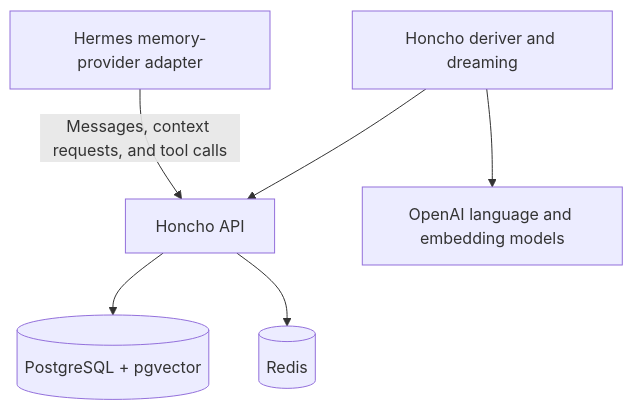
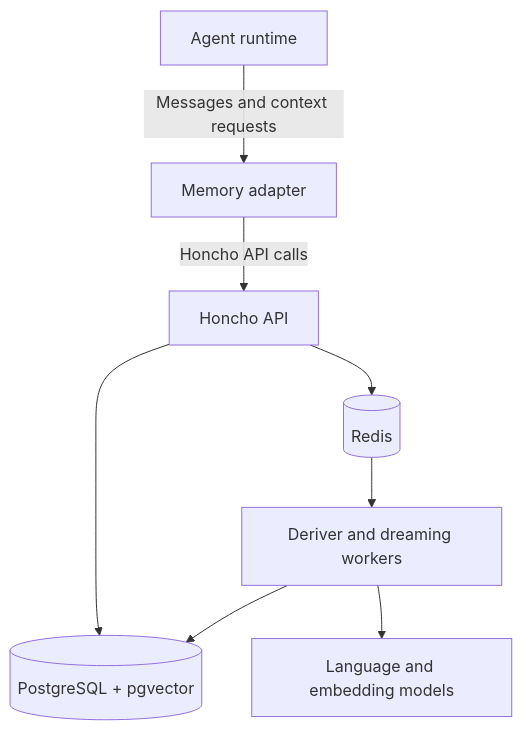
One commit to agrana/alfonsograna changed the first of 3 diagrams in _posts/2026-08-02-how-i-run-honcho-for-hermes-long-term-memory-and-personalities.md. Above: the diagram before and after it, drawn with Mermaid. The commit also changed other lines of this file, not shown here.

Commit message:
docs: generalize Honcho memory architecture

````diff
--- a/_posts/2026-08-02-how-i-run-honcho-for-hermes-long-term-memory-and-personalities.md
+++ b/_posts/2026-08-02-how-i-run-honcho-for-hermes-long-term-memory-and-personalities.md
@@ -32,15 +31,18 @@
 ```mermaid
 flowchart TD
-    hermes["Hermes memory-provider adapter"]
+    agent["Agent runtime"]
+    adapter["Memory adapter"]
     api["Honcho API"]
     postgres[("PostgreSQL + pgvector")]
     redis[("Redis")]
-    workers["Honcho deriver and dreaming"]
-    openai["OpenAI language and embedding models"]
+    workers["Deriver and dreaming workers"]
+    models["Language and embedding models"]
 
-    hermes -->|"Messages, context requests, and tool calls"| api
+    agent -->|"Messages and context requests"| adapter
+    adapter -->|"Honcho API calls"| api
     api --> postgres
     api --> redis
-    workers --> api
-    workers --> openai
+    redis --> workers
+    workers --> postgres
+    workers --> models
 ```
````
